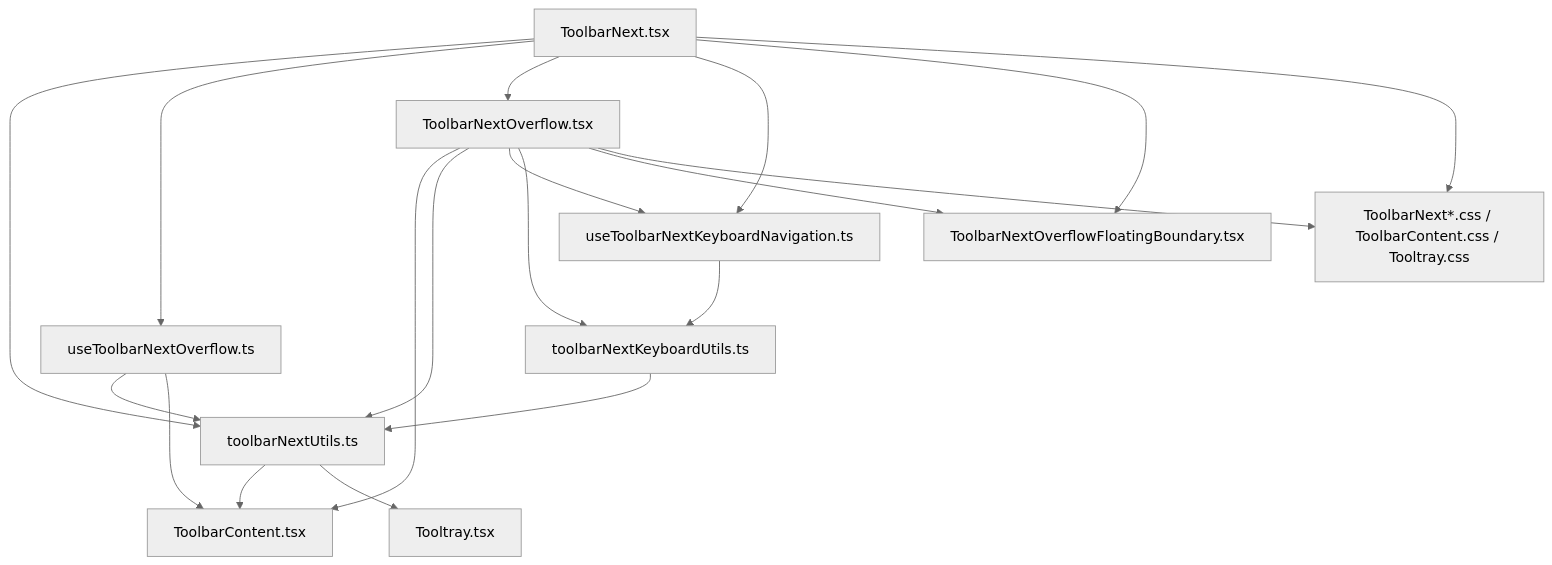
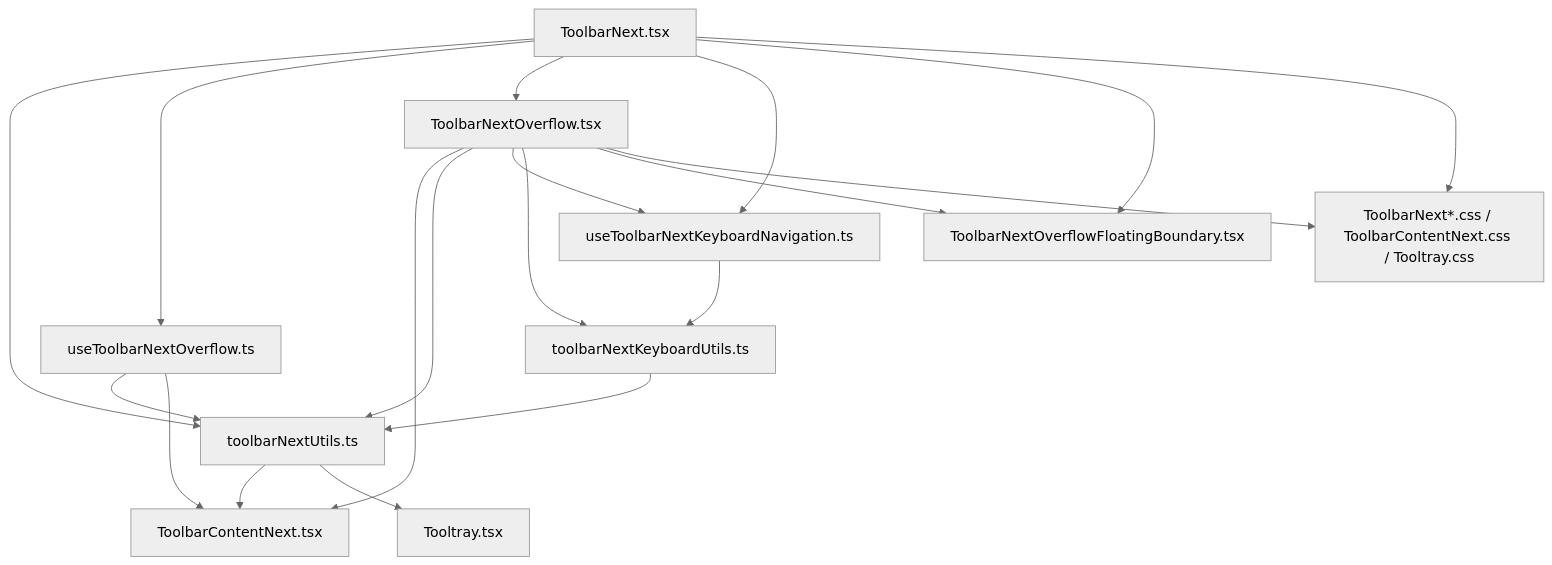
One commit to jpmorganchase/salt-ds changed the first of 3 diagrams in packages/lab/src/toolbar-next/ARCHITECTURE.md. Above: the diagram before and after it, drawn with Mermaid (neutral theme). The commit also changed other lines of this file and 25 other files, not shown here.

Commit message:
rename ToolbarContent to ToolbarContentNext

````diff
--- a/packages/lab/src/toolbar-next/ARCHITECTURE.md
+++ b/packages/lab/src/toolbar-next/ARCHITECTURE.md
@@ -46,36 +46,36 @@
 ```mermaid
 flowchart TD
   ToolbarNext["ToolbarNext.tsx"]
   Utils["toolbarNextUtils.ts"]
   OverflowHook["useToolbarNextOverflow.ts"]
   OverflowUI["ToolbarNextOverflow.tsx"]
   KeyboardHook["useToolbarNextKeyboardNavigation.ts"]
   KeyboardUtils["toolbarNextKeyboardUtils.ts"]
   FloatingBoundary["ToolbarNextOverflowFloatingBoundary.tsx"]
-  ToolbarContent["ToolbarContent.tsx"]
+  ToolbarContentNext["ToolbarContentNext.tsx"]
   Tooltray["Tooltray.tsx"]
-  CSS["ToolbarNext*.css / ToolbarContent.css / Tooltray.css"]
+  CSS["ToolbarNext*.css / ToolbarContentNext.css / Tooltray.css"]
 
   ToolbarNext --> Utils
   ToolbarNext --> OverflowHook
   ToolbarNext --> OverflowUI
   ToolbarNext --> KeyboardHook
   ToolbarNext --> FloatingBoundary
   ToolbarNext --> CSS
 
-  OverflowUI --> ToolbarContent
+  OverflowUI --> ToolbarContentNext
   OverflowUI --> Utils
   OverflowUI --> KeyboardHook
   OverflowUI --> KeyboardUtils
   OverflowUI --> FloatingBoundary
   OverflowUI --> CSS
 
   OverflowHook --> Utils
-  OverflowHook --> ToolbarContent
+  OverflowHook --> ToolbarContentNext
 
   KeyboardHook --> KeyboardUtils
   KeyboardUtils --> Utils
 
-  Utils --> ToolbarContent
+  Utils --> ToolbarContentNext
   Utils --> Tooltray
 ```
````
